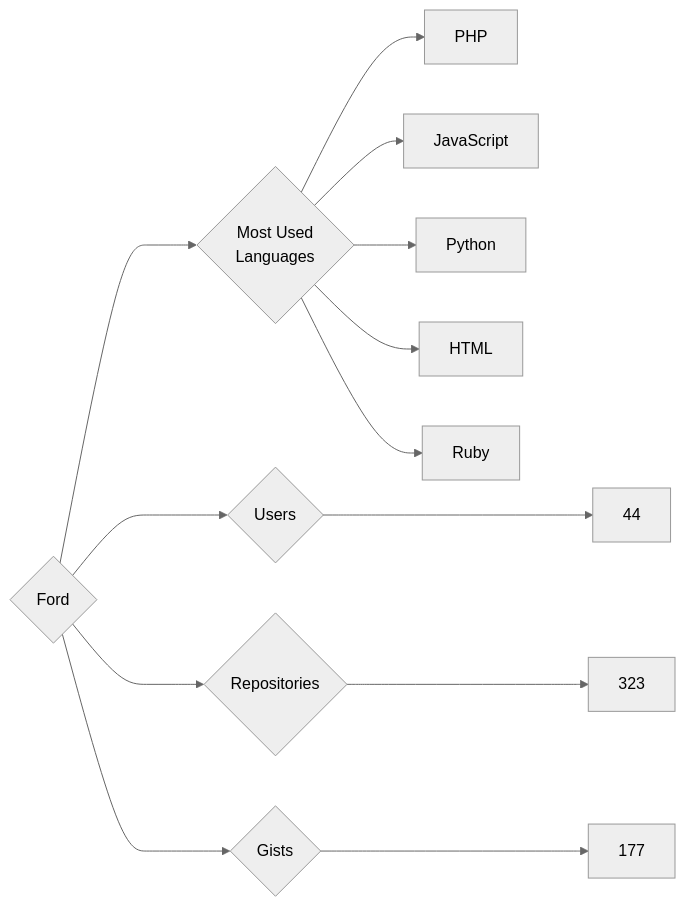
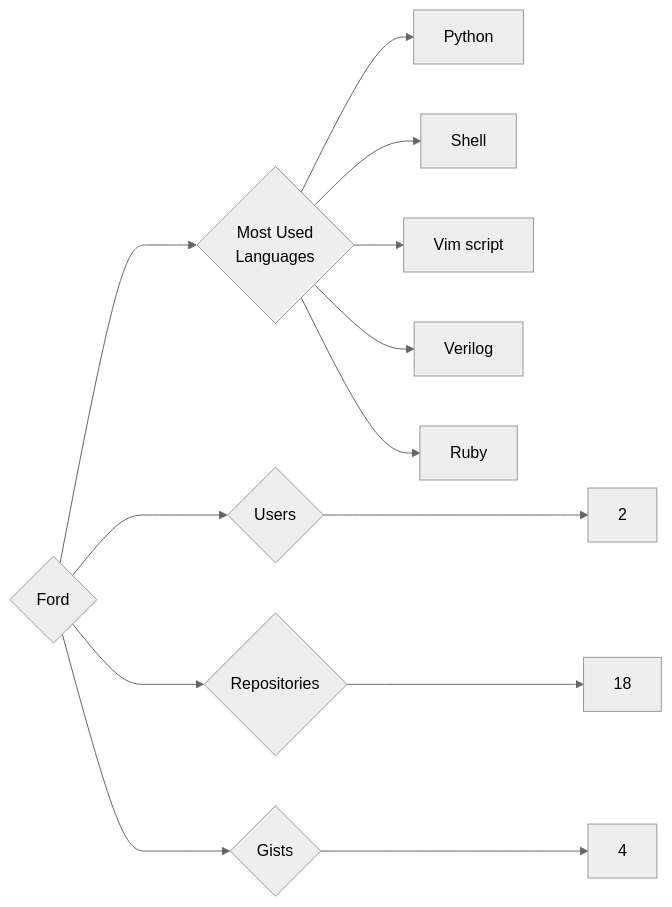
The diagram in targets/Ford/README.md (trickest/insiders), drawn with Mermaid (neutral theme) before and after one commit. The commit also changed 545 other files, not shown here.

````diff
--- a/targets/Ford/README.md
+++ b/targets/Ford/README.md
@@ -3,13 +3,13 @@
 ```mermaid
 graph LR
 COMPANY_NAME{Ford}
-COMPANY_NAME ---> U{Users} ---> UN[44]
-COMPANY_NAME ---> R{Repositories} ---> RN[323]
-COMPANY_NAME ---> G{Gists} ---> GN[177]
+COMPANY_NAME ---> U{Users} ---> UN[2]
+COMPANY_NAME ---> R{Repositories} ---> RN[18]
+COMPANY_NAME ---> G{Gists} ---> GN[4]
 COMPANY_NAME ---> ML{Most Used<br>Languages}
-ML --> PHP[PHP]
-ML --> JavaScript[JavaScript]
 ML --> Python[Python]
-ML --> HTML[HTML]
+ML --> Shell[Shell]
+ML --> Vim_script[Vim script]
+ML --> Verilog[Verilog]
 ML --> Ruby[Ruby]
 ```
````
